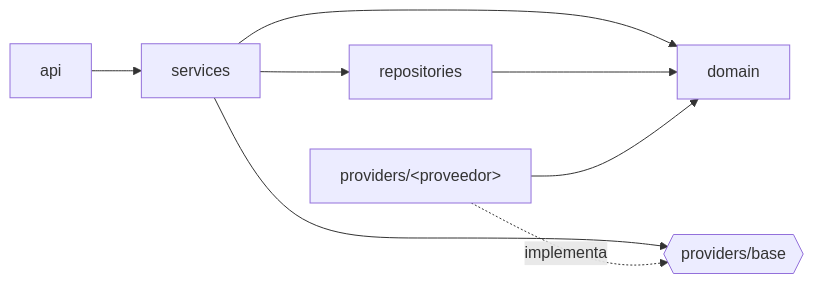
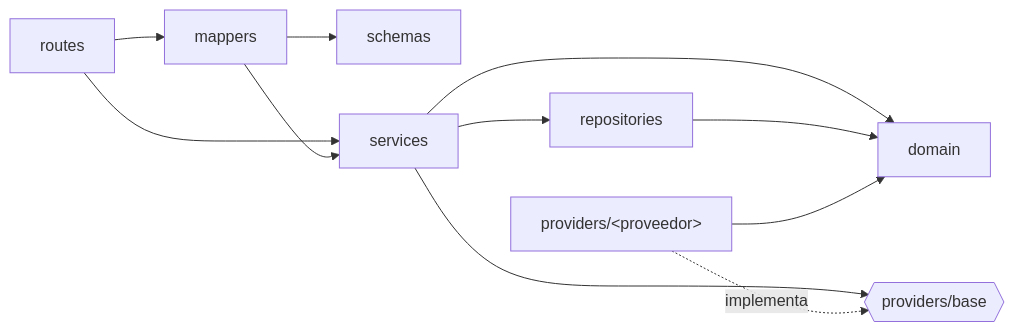
One commit to jgr7003/booking-system changed the second of 3 diagrams in docs/architecture/00-global.md. Above: the diagram before and after it, drawn with Mermaid. The commit also changed other lines of this file and 290 other files, not shown here.

````diff
--- a/docs/architecture/00-global.md
+++ b/docs/architecture/00-global.md
@@ -114,8 +152,10 @@
 ```mermaid
 flowchart LR
-    api --> services --> domain
+    routes --> mappers --> schemas
+    routes --> services --> domain
+    mappers --> services
     services --> ports{{providers/base}}
     services --> repositories --> domain
     adapter[providers/&lt;proveedor&gt;] -.implementa.-> ports
     adapter --> domain
 ```
````
